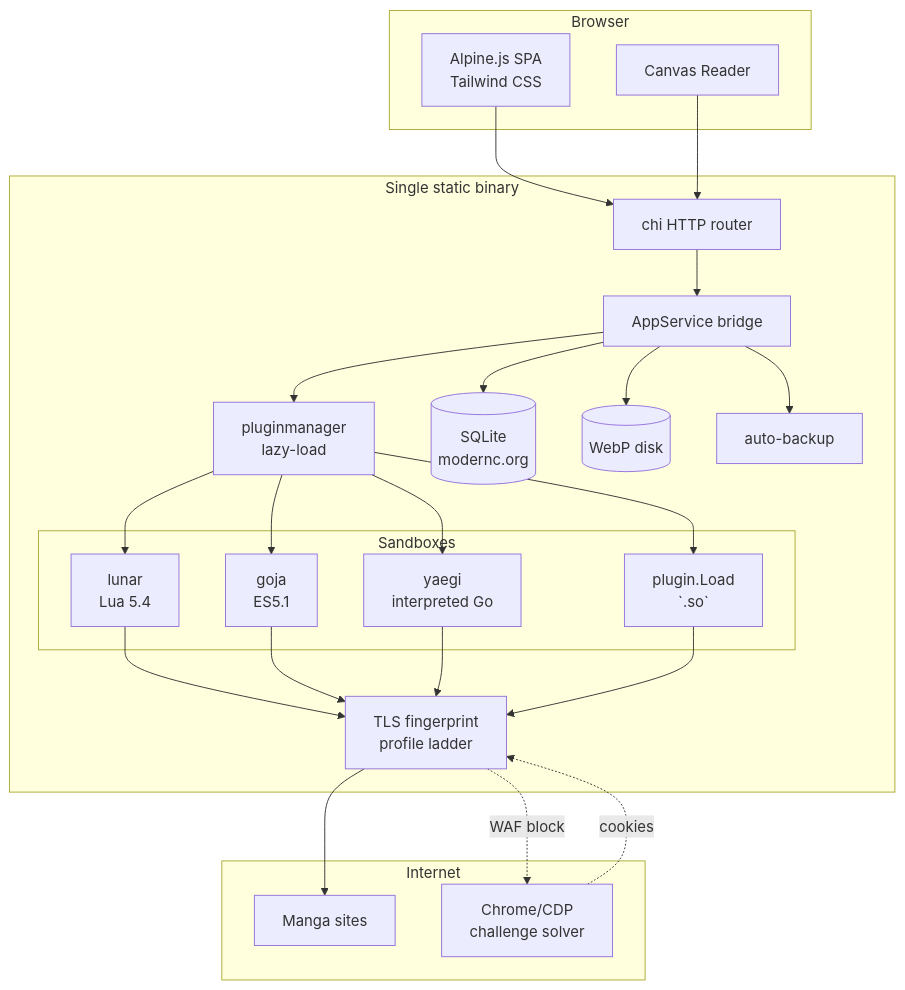
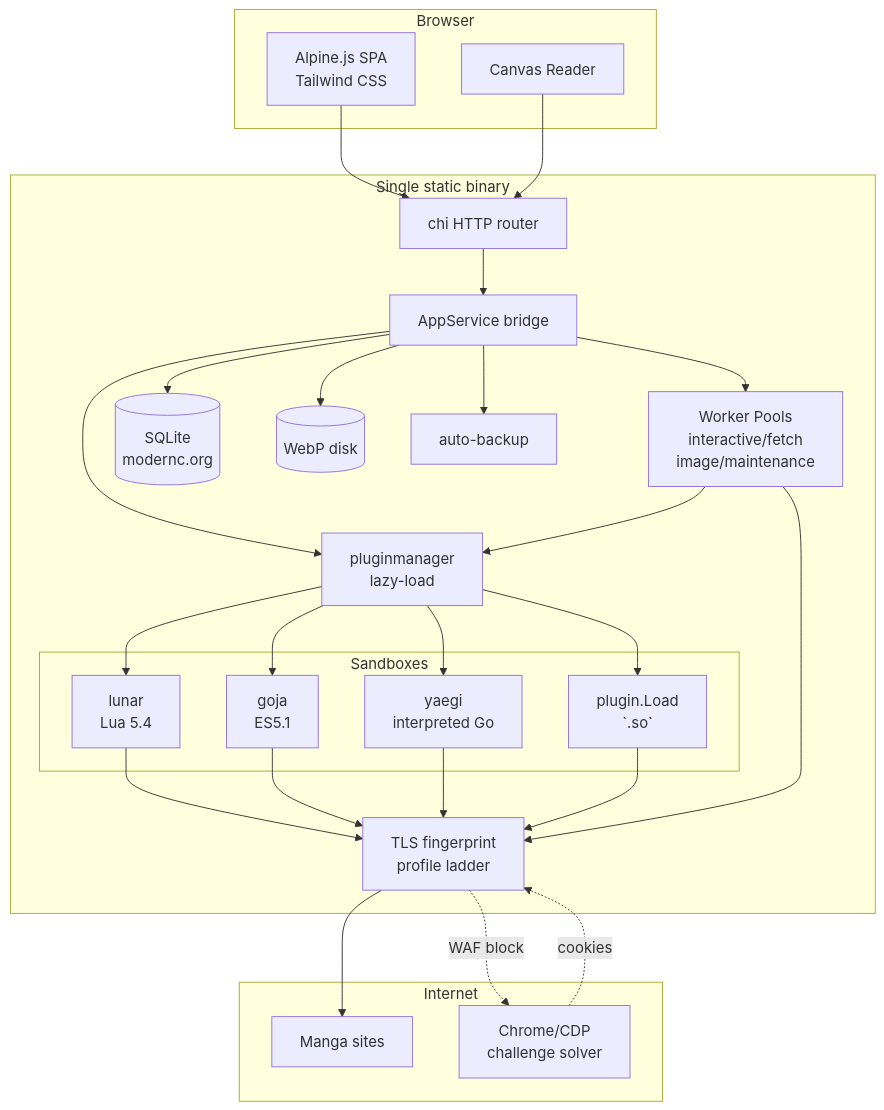
Before and after one commit to kenzanin/goIsekai: the first of 4 diagrams in README.md, drawn with Mermaid.

Commit message:
docs: add worker pools to architecture mermaid diagram

````diff
--- a/README.md
+++ b/README.md
@@ -13,47 +13,51 @@
 ```mermaid
 flowchart TD
     subgraph Browser
         UI[Alpine.js SPA<br/>Tailwind CSS]
         Reader[Canvas Reader]
     end
 
     subgraph goIsekai[Single static binary]
         HTTP[chi HTTP router]
         Bridge[AppService bridge]
         PM[pluginmanager<br/>lazy-load]
         subgraph Sandboxes
             Lua[lunar<br/>Lua 5.4]
             JS[goja<br/>ES5.1]
             YG[yaegi<br/>interpreted Go]
             GO[plugin.Load<br/>`.so`]
         end
         HostNet[TLS fingerprint<br/>profile ladder]
+        Workers[Worker Pools<br/>interactive/fetch<br/>image/maintenance]
         DB[(SQLite<br/>modernc.org)]
         Cache[(WebP disk)]
         Backup[auto-backup]
     end
 
     subgraph Internet
         Sites[Manga sites]
         CDP[Chrome/CDP<br/>challenge solver]
     end
 
     UI --> HTTP
     Reader --> HTTP
     HTTP --> Bridge
     Bridge --> PM
     PM --> Lua
     PM --> JS
     PM --> YG
     PM --> GO
     Lua --> HostNet
     JS --> HostNet
     YG --> HostNet
     GO --> HostNet
     HostNet --> Sites
     HostNet -.->|WAF block| CDP
     CDP -.->|cookies| HostNet
+    Bridge --> Workers
+    Workers --> PM
+    Workers --> HostNet
     Bridge --> DB
     Bridge --> Cache
     Bridge --> Backup
 ```
````
